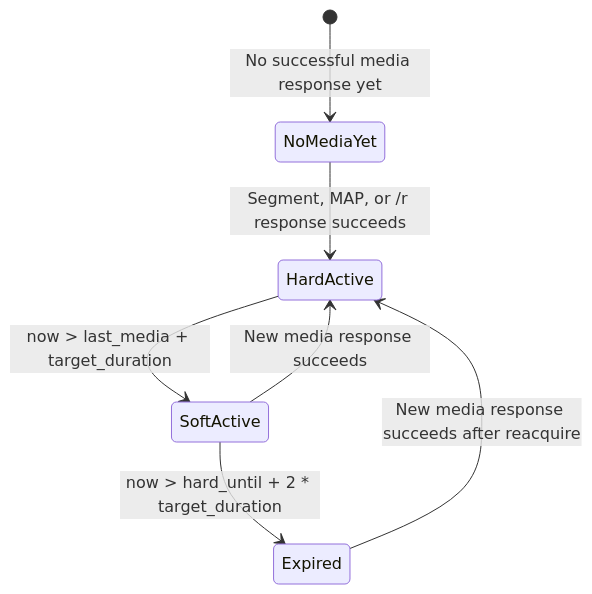
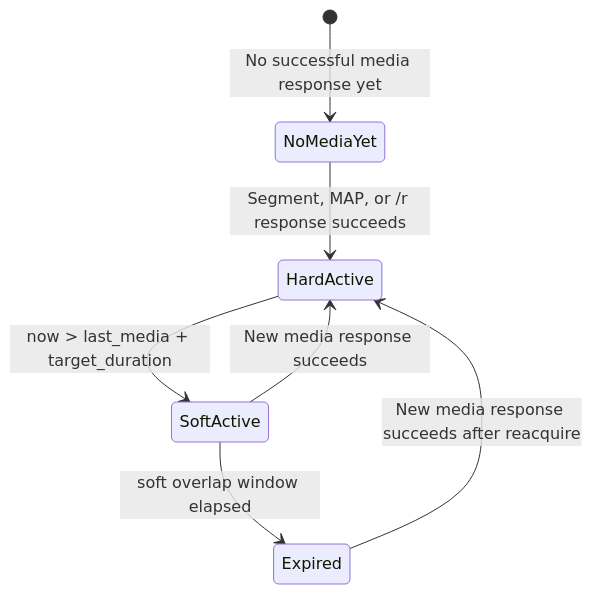
One commit to euzu/tuliprox changed the fourth of 4 diagrams in docs/src/configuration/hls-cache-state-machine.md. Above: the diagram before and after it, drawn with Mermaid. The commit also changed other lines of this file and 7 other files, not shown here.

````diff
--- a/docs/src/configuration/hls-cache-state-machine.md
+++ b/docs/src/configuration/hls-cache-state-machine.md
@@ -174,9 +167,9 @@
 ```mermaid
 stateDiagram-v2
     [*] --> NoMediaYet: No successful media response yet
     NoMediaYet --> HardActive: Segment, MAP, or /r response succeeds
     HardActive --> SoftActive: now > last_media + target_duration
-    SoftActive --> Expired: now > hard_until + 2 * target_duration
+    SoftActive --> Expired: soft overlap window elapsed
     SoftActive --> HardActive: New media response succeeds
     Expired --> HardActive: New media response succeeds after reacquire
 ```
````
